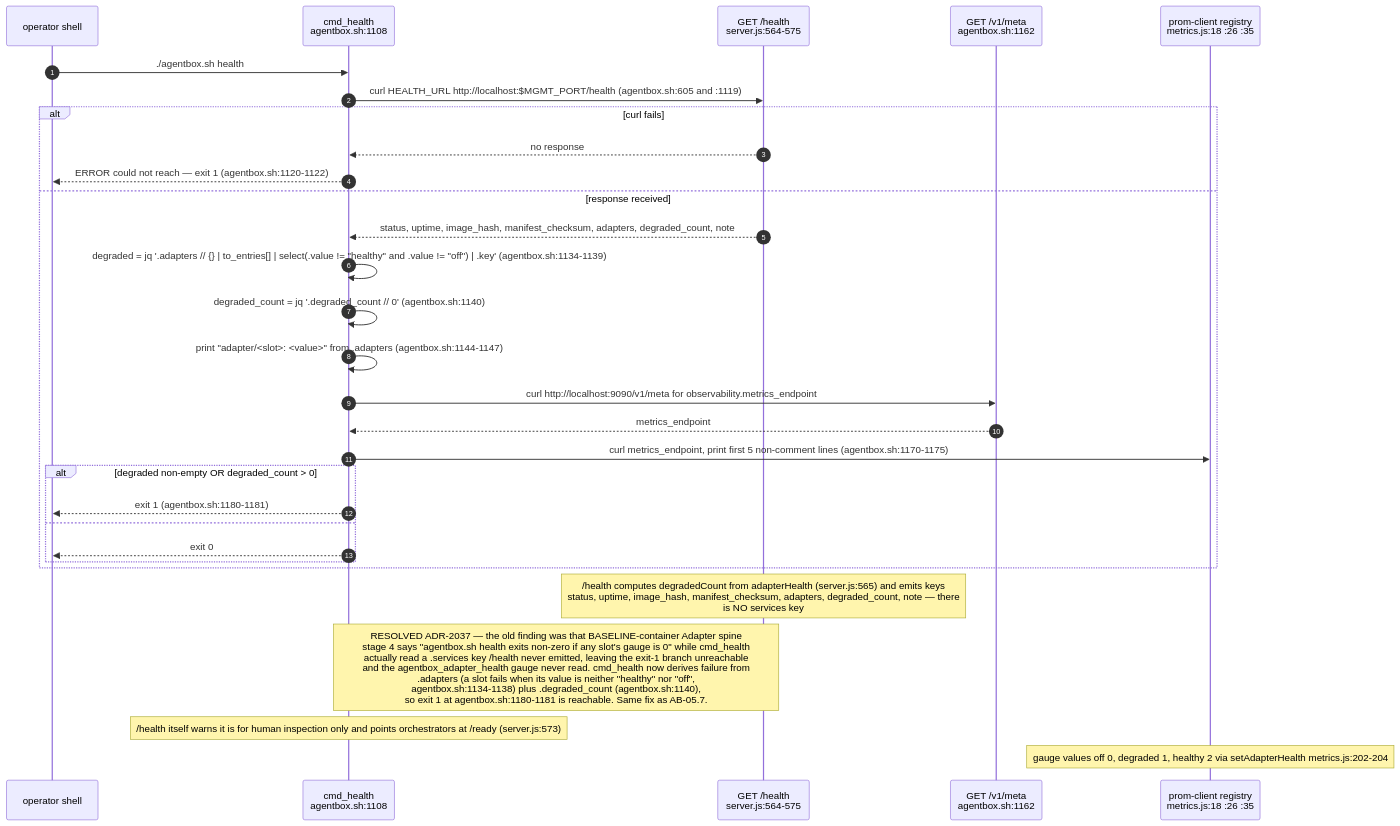
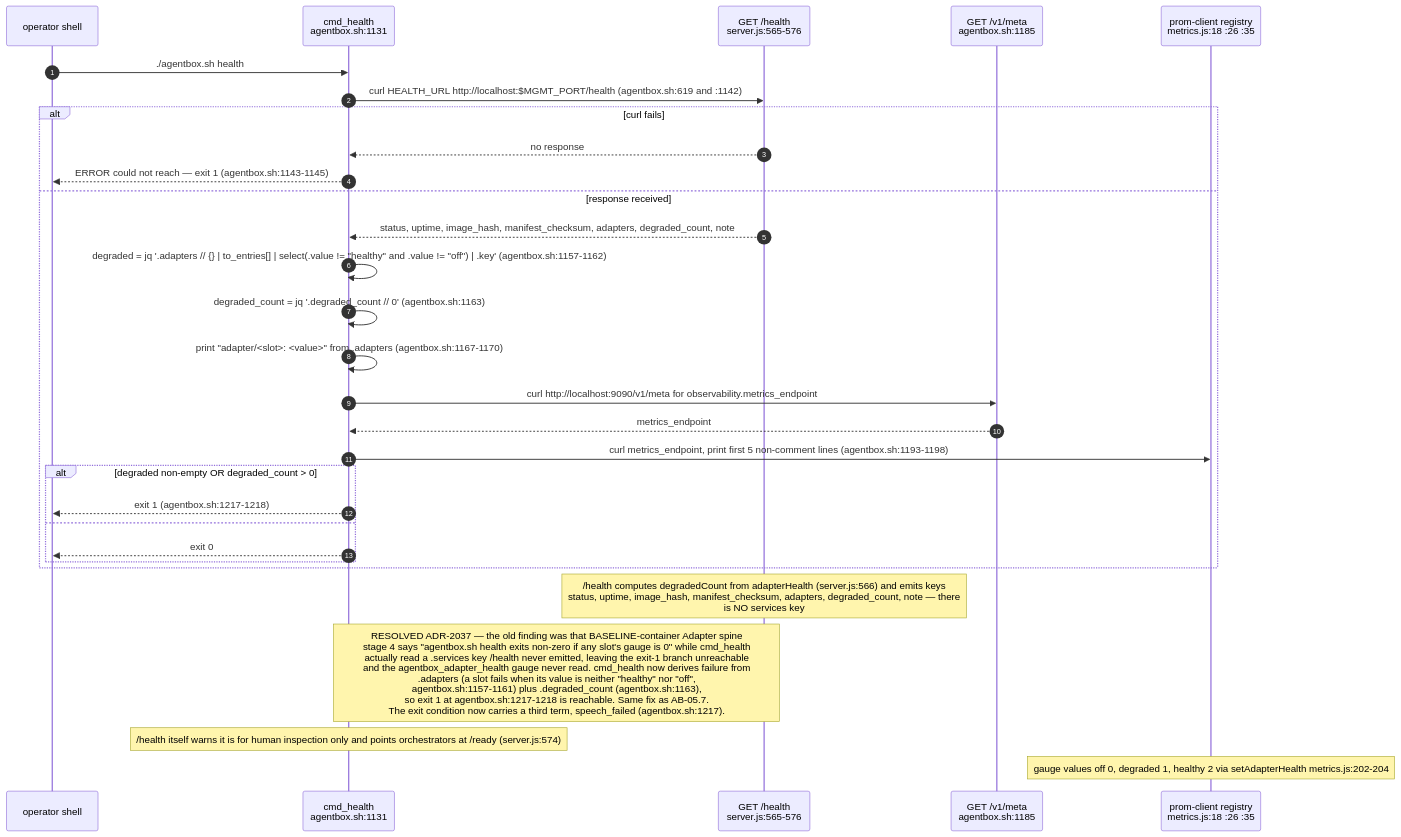
Diagram 16 of 16 in docs/diagrams/agentbox/04-adapter-spine.md (DreamLab-AI/VisionFlow), drawn with Mermaid before and after one commit. The commit also changed other lines of this file and 28 other files, not shown here.

````diff
--- a/docs/diagrams/agentbox/04-adapter-spine.md
+++ b/docs/diagrams/agentbox/04-adapter-spine.md
@@ -621,33 +621,33 @@
 ```mermaid
 sequenceDiagram
     autonumber
     participant OP as operator shell
-    participant SH as cmd_health<br/>agentbox.sh:1108
-    participant H as GET /health<br/>server.js:564-575
-    participant MT as GET /v1/meta<br/>agentbox.sh:1162
+    participant SH as cmd_health<br/>agentbox.sh:1131
+    participant H as GET /health<br/>server.js:565-576
+    participant MT as GET /v1/meta<br/>agentbox.sh:1185
     participant PM as prom-client registry<br/>metrics.js:18 :26 :35
 
     OP->>SH: ./agentbox.sh health
-    SH->>H: curl HEALTH_URL http://localhost:$MGMT_PORT/health (agentbox.sh:605 and :1119)
+    SH->>H: curl HEALTH_URL http://localhost:$MGMT_PORT/health (agentbox.sh:619 and :1142)
     alt curl fails
         H-->>SH: no response
-        SH-->>OP: ERROR could not reach — exit 1 (agentbox.sh:1120-1122)
+        SH-->>OP: ERROR could not reach — exit 1 (agentbox.sh:1143-1145)
     else response received
         H-->>SH: status, uptime, image_hash, manifest_checksum, adapters, degraded_count, note
-        SH->>SH: degraded = jq '.adapters // {} | to_entries[] | select(.value != "healthy" and .value != "off") | .key' (agentbox.sh:1134-1139)
-        SH->>SH: degraded_count = jq '.degraded_count // 0' (agentbox.sh:1140)
-        SH->>SH: print "adapter/<slot>: <value>" from .adapters (agentbox.sh:1144-1147)
+        SH->>SH: degraded = jq '.adapters // {} | to_entries[] | select(.value != "healthy" and .value != "off") | .key' (agentbox.sh:1157-1162)
+        SH->>SH: degraded_count = jq '.degraded_count // 0' (agentbox.sh:1163)
+        SH->>SH: print "adapter/<slot>: <value>" from .adapters (agentbox.sh:1167-1170)
         SH->>MT: curl http://localhost:9090/v1/meta for observability.metrics_endpoint
         MT-->>SH: metrics_endpoint
-        SH->>PM: curl metrics_endpoint, print first 5 non-comment lines (agentbox.sh:1170-1175)
+        SH->>PM: curl metrics_endpoint, print first 5 non-comment lines (agentbox.sh:1193-1198)
         alt degraded non-empty OR degraded_count > 0
-            SH-->>OP: exit 1 (agentbox.sh:1180-1181)
+            SH-->>OP: exit 1 (agentbox.sh:1217-1218)
         else
             SH-->>OP: exit 0
         end
     end
-    Note over H: /health computes degradedCount from adapterHealth (server.js:565) and emits keys<br/>status, uptime, image_hash, manifest_checksum, adapters, degraded_count, note — there<br/>is NO services key
-    Note over SH,H: RESOLVED ADR-2037 — the old finding was that BASELINE-container Adapter spine<br/>stage 4 says "agentbox.sh health exits non-zero if any slot's gauge is 0" while cmd_health<br/>actually read a .services key /health never emitted, leaving the exit-1 branch unreachable<br/>and the agentbox_adapter_health gauge never read. cmd_health now derives failure from<br/>.adapters (a slot fails when its value is neither "healthy" nor "off",<br/>agentbox.sh:1134-1138) plus .degraded_count (agentbox.sh:1140),<br/>so exit 1 at agentbox.sh:1180-1181 is reachable. Same fix as AB-05.7.
-    Note over SH: /health itself warns it is for human inspection only and points orchestrators at /ready (server.js:573)
+    Note over H: /health computes degradedCount from adapterHealth (server.js:566) and emits keys<br/>status, uptime, image_hash, manifest_checksum, adapters, degraded_count, note — there<br/>is NO services key
+    Note over SH,H: RESOLVED ADR-2037 — the old finding was that BASELINE-container Adapter spine<br/>stage 4 says "agentbox.sh health exits non-zero if any slot's gauge is 0" while cmd_health<br/>actually read a .services key /health never emitted, leaving the exit-1 branch unreachable<br/>and the agentbox_adapter_health gauge never read. cmd_health now derives failure from<br/>.adapters (a slot fails when its value is neither "healthy" nor "off",<br/>agentbox.sh:1157-1161) plus .degraded_count (agentbox.sh:1163),<br/>so exit 1 at agentbox.sh:1217-1218 is reachable. Same fix as AB-05.7.<br/>The exit condition now carries a third term, speech_failed (agentbox.sh:1217).
+    Note over SH: /health itself warns it is for human inspection only and points orchestrators at /ready (server.js:574)
     Note over PM: gauge values off 0, degraded 1, healthy 2 via setAdapterHealth metrics.js:202-204
 ```
````
